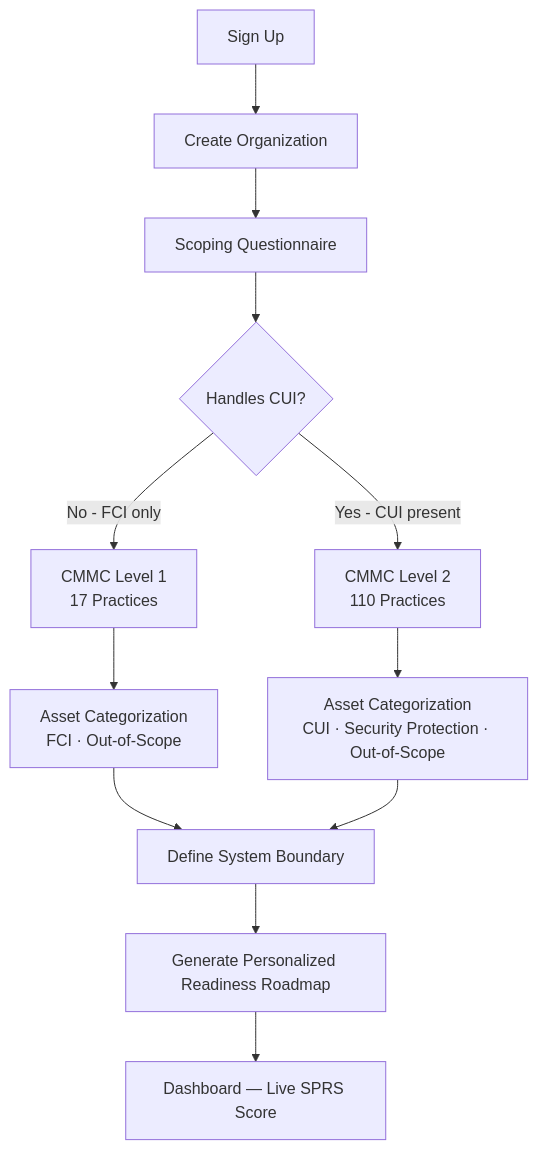
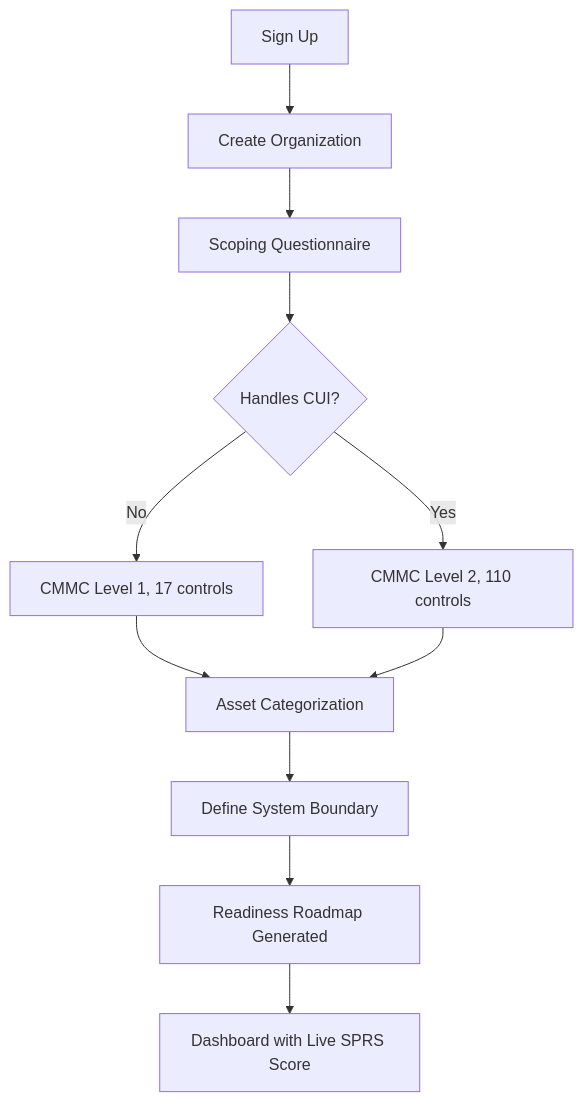
Before and after one commit to saisravan909/cmmc-compass: the third of 7 diagrams in README.md, drawn with Mermaid. The commit also changed other lines of this file, not shown here.

````diff
--- a/README.md
+++ b/README.md
@@ -230,14 +236,13 @@
 ```mermaid
 flowchart TD
     A[Sign Up] --> B[Create Organization]
     B --> C[Scoping Questionnaire]
     C --> D{Handles CUI?}
-    D -->|No - FCI only| E[CMMC Level 1\n17 Practices]
-    D -->|Yes - CUI present| F[CMMC Level 2\n110 Practices]
-    E --> G[Asset Categorization\nFCI · Out-of-Scope]
-    F --> H[Asset Categorization\nCUI · Security Protection · Out-of-Scope]
-    G --> I[Define System Boundary]
-    H --> I
-    I --> J[Generate Personalized Readiness Roadmap]
-    J --> K[Dashboard — Live SPRS Score]
+    D -->|No| E[CMMC Level 1, 17 controls]
+    D -->|Yes| F[CMMC Level 2, 110 controls]
+    E --> G[Asset Categorization]
+    F --> G
+    G --> H[Define System Boundary]
+    H --> I[Readiness Roadmap Generated]
+    I --> J[Dashboard with Live SPRS Score]
 ```
````
